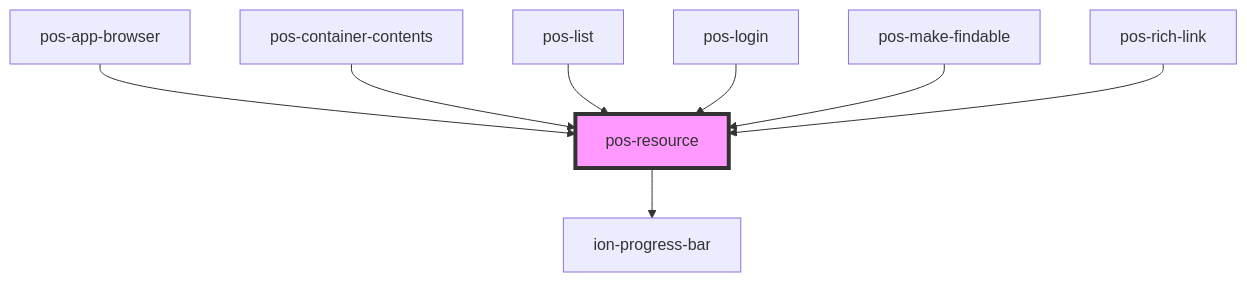
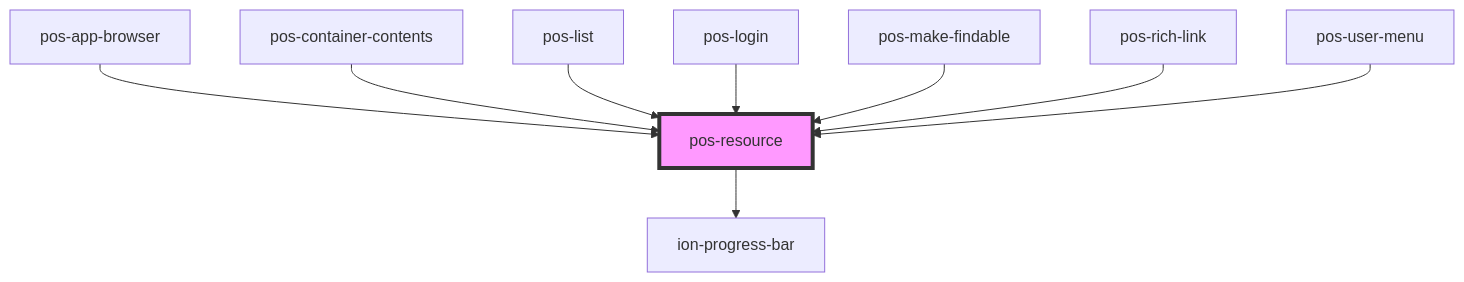
The diagram in docs/elements/components/pos-resource/readme.md (pod-os/PodOS), drawn with Mermaid before and after one commit. The commit also changed other lines of this file and 5 other files, not shown here.

````diff
--- a/docs/elements/components/pos-resource/readme.md
+++ b/docs/elements/components/pos-resource/readme.md
@@ -53,11 +54,12 @@
 ```mermaid
 graph TD;
   pos-resource --> ion-progress-bar
   pos-app-browser --> pos-resource
   pos-container-contents --> pos-resource
   pos-list --> pos-resource
   pos-login --> pos-resource
   pos-make-findable --> pos-resource
   pos-rich-link --> pos-resource
+  pos-user-menu --> pos-resource
   style pos-resource fill:#f9f,stroke:#333,stroke-width:4px
 ```
````
